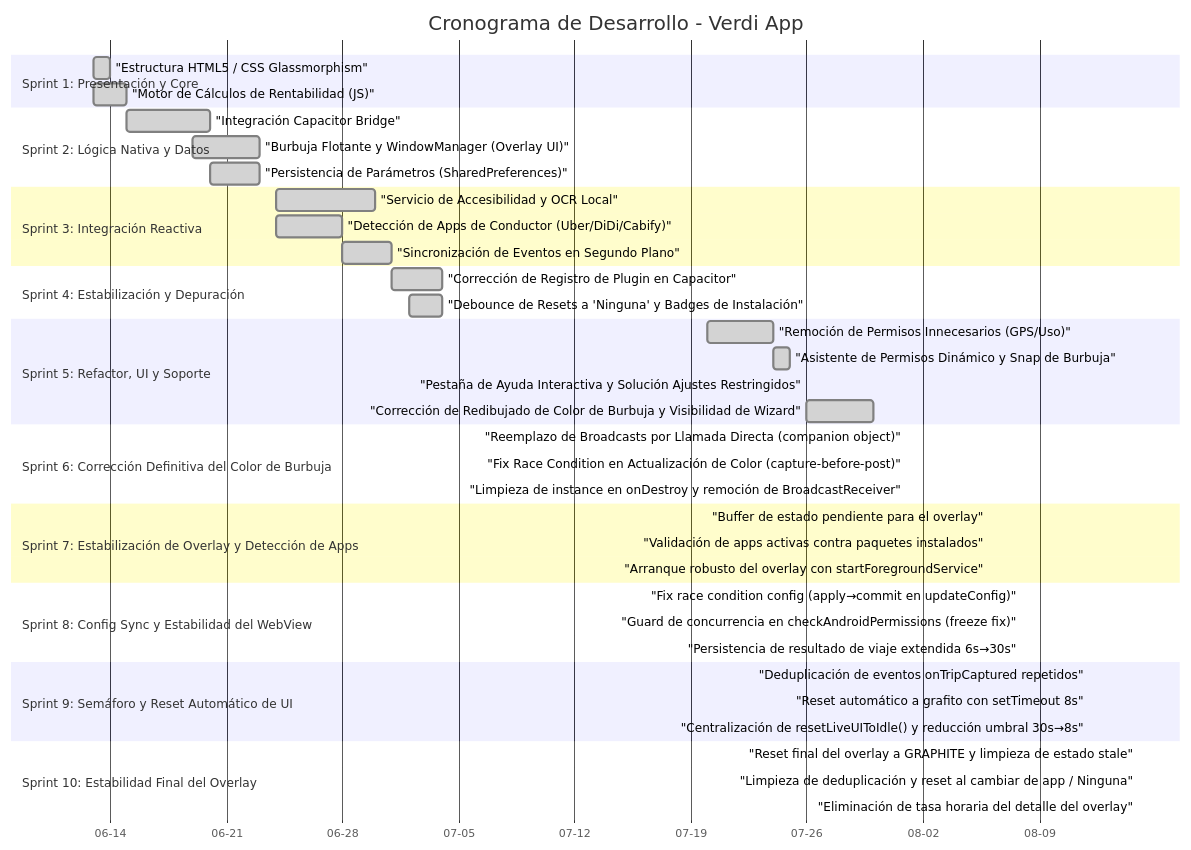
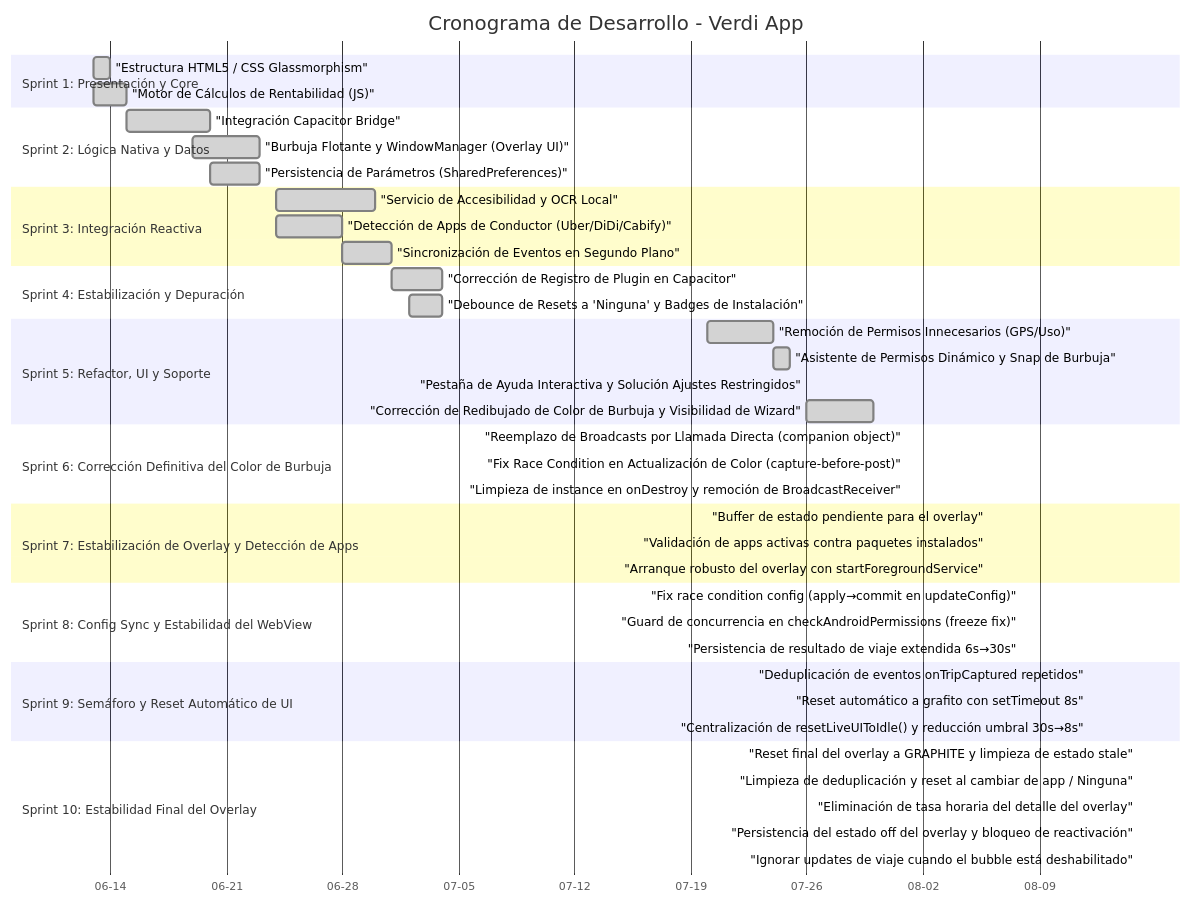
The diagram in CRONOGRAMA_DESARROLLO.md (JorgeFreire95/Verdi), drawn with Mermaid before and after one commit. The commit also changed other lines of this file, not shown here.

````diff
--- a/CRONOGRAMA_DESARROLLO.md
+++ b/CRONOGRAMA_DESARROLLO.md
@@ -11,55 +11,57 @@
 ```mermaid
 gantt
     title Cronograma de Desarrollo - Verdi App
     dateFormat  YYYY-MM-DD
     axisFormat  %m-%d
     
     section Sprint 1: Presentación y Core
     "Estructura HTML5 / CSS Glassmorphism" :done, s1a, 2026-06-13, 2026-06-14
     "Motor de Cálculos de Rentabilidad (JS)" :done, s1b, 2026-06-13, 2026-06-15
     
     section Sprint 2: Lógica Nativa y Datos
     "Integración Capacitor Bridge" :done, s2a, 2026-06-15, 2026-06-20
     "Burbuja Flotante y WindowManager (Overlay UI)" :done, s2b, 2026-06-19, 2026-06-23
     "Persistencia de Parámetros (SharedPreferences)" :done, s2c, 2026-06-20, 2026-06-23
     
     section Sprint 3: Integración Reactiva
     "Servicio de Accesibilidad y OCR Local" :done, s3a, 2026-06-24, 2026-06-30
     "Detección de Apps de Conductor (Uber/DiDi/Cabify)" :done, s3b, 2026-06-24, 2026-06-28
     "Sincronización de Eventos en Segundo Plano" :done, s3c, 2026-06-28, 2026-07-01
     
     section Sprint 4: Estabilización y Depuración
     "Corrección de Registro de Plugin en Capacitor" :done, s4a, 2026-07-01, 2026-07-04
     "Debounce de Resets a 'Ninguna' y Badges de Instalación" :done, s4b, 2026-07-02, 2026-07-04
     
     section Sprint 5: Refactor, UI y Soporte
     "Remoción de Permisos Innecesarios (GPS/Uso)" :done, s5a, 2026-07-20, 2026-07-24
     "Asistente de Permisos Dinámico y Snap de Burbuja" :done, s5b, 2026-07-24, 2026-07-25
     "Pestaña de Ayuda Interactiva y Solución Ajustes Restringidos" :done, s5c, 2026-07-26, 2026-07-26
     "Corrección de Redibujado de Color de Burbuja y Visibilidad de Wizard" :done, s5d, 2026-07-26, 2026-07-30
     
     section Sprint 6: Corrección Definitiva del Color de Burbuja
     "Reemplazo de Broadcasts por Llamada Directa (companion object)" :done, s6a, 2026-08-01, 2026-08-01
     "Fix Race Condition en Actualización de Color (capture-before-post)" :done, s6b, 2026-08-01, 2026-08-01
     "Limpieza de instance en onDestroy y remoción de BroadcastReceiver" :done, s6c, 2026-08-01, 2026-08-01
 
     section Sprint 7: Estabilización de Overlay y Detección de Apps
     "Buffer de estado pendiente para el overlay" :done, s7a, 2026-08-06, 2026-08-06
     "Validación de apps activas contra paquetes instalados" :done, s7b, 2026-08-06, 2026-08-06
     "Arranque robusto del overlay con startForegroundService" :done, s7c, 2026-08-06, 2026-08-06
 
     section Sprint 8: Config Sync y Estabilidad del WebView
     "Fix race condition config (apply→commit en updateConfig)" :done, s8a, 2026-08-08, 2026-08-08
     "Guard de concurrencia en checkAndroidPermissions (freeze fix)" :done, s8b, 2026-08-08, 2026-08-08
     "Persistencia de resultado de viaje extendida 6s→30s" :done, s8c, 2026-08-08, 2026-08-08
 
     section Sprint 9: Semáforo y Reset Automático de UI
     "Deduplicación de eventos onTripCaptured repetidos" :done, s9a, 2026-08-12, 2026-08-12
     "Reset automático a grafito con setTimeout 8s" :done, s9b, 2026-08-12, 2026-08-12
     "Centralización de resetLiveUIToIdle() y reducción umbral 30s→8s" :done, s9c, 2026-08-12, 2026-08-12
 
     section Sprint 10: Estabilidad Final del Overlay
     "Reset final del overlay a GRAPHITE y limpieza de estado stale" :done, s10a, 2026-08-15, 2026-08-15
     "Limpieza de deduplicación y reset al cambiar de app / Ninguna" :done, s10b, 2026-08-15, 2026-08-15
     "Eliminación de tasa horaria del detalle del overlay" :done, s10c, 2026-08-15, 2026-08-15
+    "Persistencia del estado off del overlay y bloqueo de reactivación" :done, s10d, 2026-08-15, 2026-08-15
+    "Ignorar updates de viaje cuando el bubble está deshabilitado" :done, s10e, 2026-08-15, 2026-08-15
 ```
````
